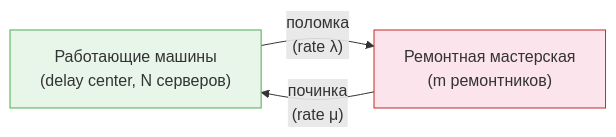
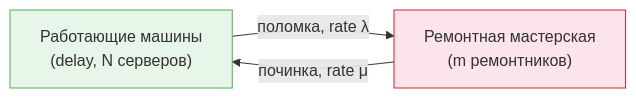
The fifth of 6 diagrams in docs/08-queueing-networks.md (stareeg/simulation-modeling-notes), drawn with Mermaid before and after one commit. The commit also changed other lines of this file and 14 other files, not shown here.

````diff
--- a/docs/08-queueing-networks.md
+++ b/docs/08-queueing-networks.md
@@ -234,8 +238,8 @@
 ```mermaid
 flowchart LR
-    W["Работающие машины\n(delay center, N серверов)"] -->|"поломка\n(rate λ)"| R["Ремонтная мастерская\n(m ремонтников)"]
-    R -->|"починка\n(rate μ)"| W
+    W["Работающие машины<br>(delay, N серверов)"] -->|"поломка, rate λ"| R["Ремонтная мастерская<br>(m ремонтников)"]
+    R -->|"починка, rate μ"| W
 
     style W fill:#e8f5e9,stroke:#4CAF50
     style R fill:#fce4ec,stroke:#C62828
 ```
````
